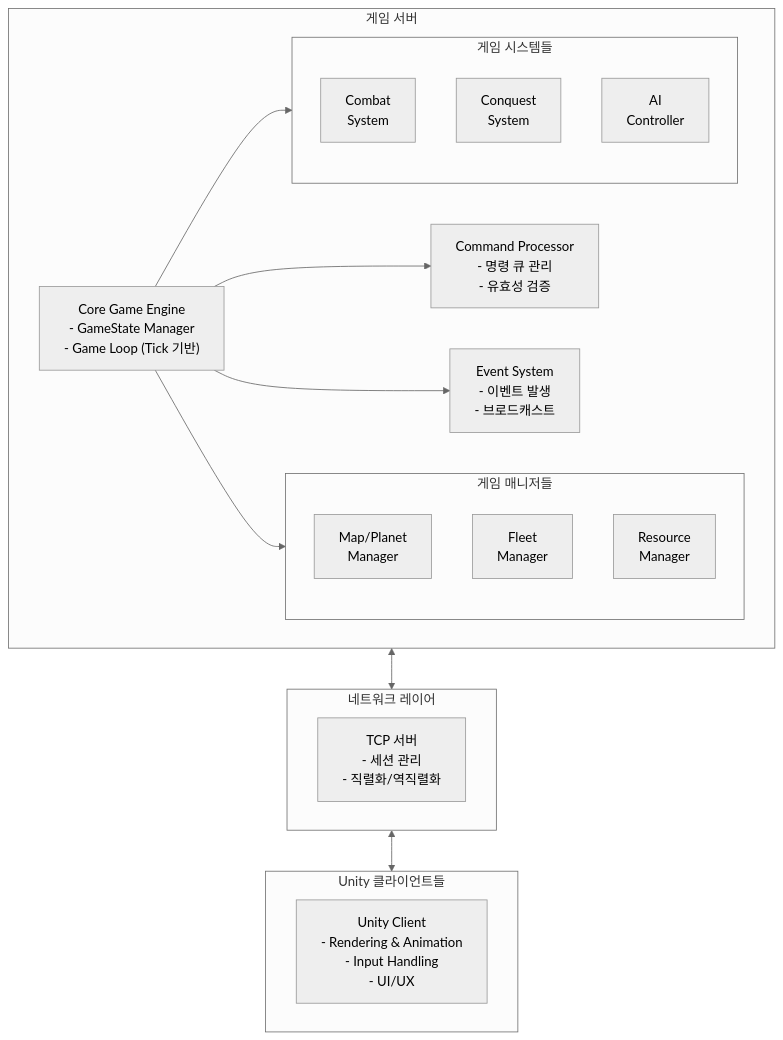
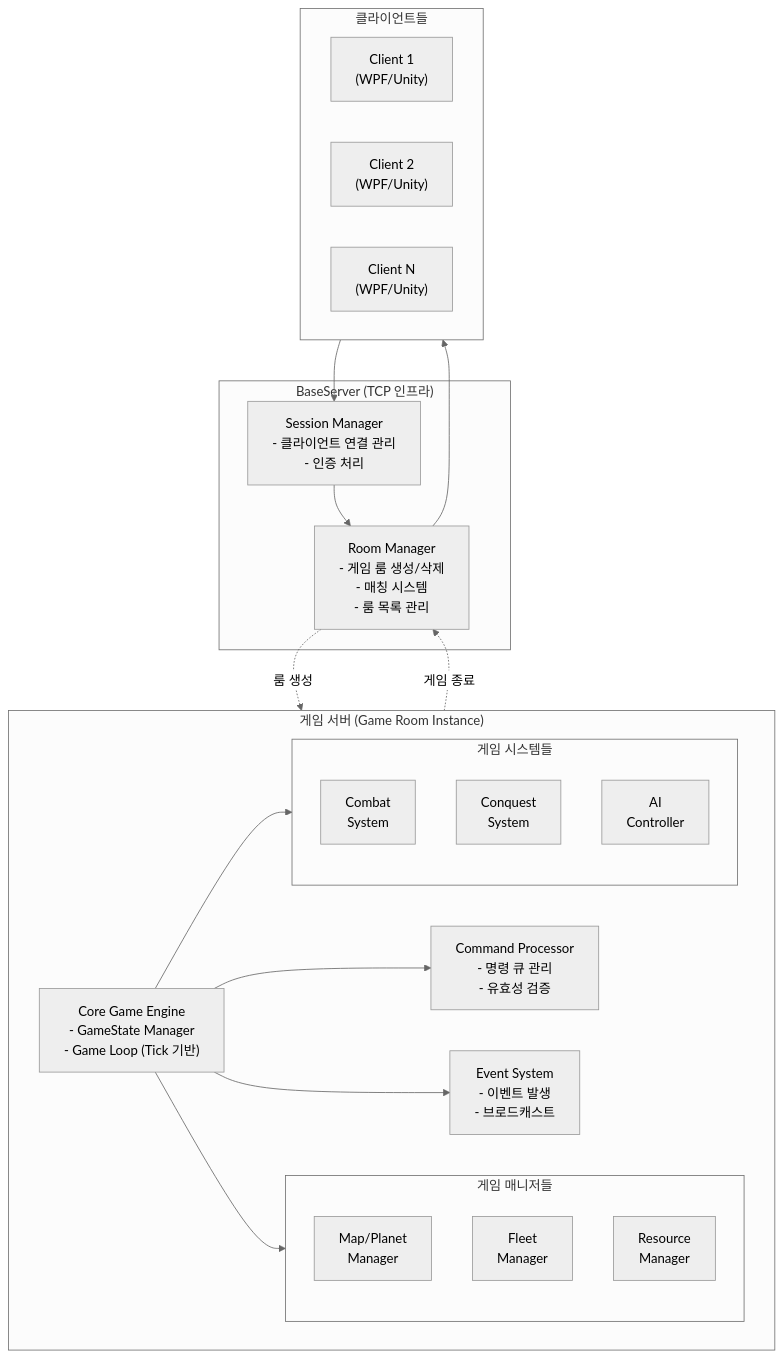
Before and after one commit to Bo-sung/InterPlanetery_Server: the first of 7 diagrams in Docs/interplanetary_system_spec.md, drawn with Mermaid (neutral theme). The commit also changed other lines of this file, not shown here.

````diff
--- a/Docs/interplanetary_system_spec.md
+++ b/Docs/interplanetary_system_spec.md
@@ -46,37 +46,43 @@
 ```mermaid
 graph TB
-    subgraph GameServer["게임 서버"]
+    subgraph BaseServer["BaseServer (TCP 인프라)"]
+        SessionMgr["Session Manager<br/>- 클라이언트 연결 관리<br/>- 인증 처리"]
+        RoomMgr["Room Manager<br/>- 게임 룸 생성/삭제<br/>- 매칭 시스템<br/>- 룸 목록 관리"]
+    end
+
+    subgraph GameServer["게임 서버 (Game Room Instance)"]
         CoreEngine["Core Game Engine<br/>- GameState Manager<br/>- Game Loop (Tick 기반)"]
 
         subgraph Managers["게임 매니저들"]
             MapMgr["Map/Planet<br/>Manager"]
             FleetMgr["Fleet<br/>Manager"]
             ResourceMgr["Resource<br/>Manager"]
         end
 
         subgraph Systems["게임 시스템들"]
             Combat["Combat<br/>System"]
             Conquest["Conquest<br/>System"]
             AI["AI<br/>Controller"]
         end
 
         CmdProc["Command Processor<br/>- 명령 큐 관리<br/>- 유효성 검증"]
         EventSys["Event System<br/>- 이벤트 발생<br/>- 브로드캐스트"]
 
         CoreEngine --> Managers
         CoreEngine --> Systems
         CoreEngine --> CmdProc
         CoreEngine --> EventSys
     end
 
-    subgraph Network["네트워크 레이어"]
-        NetLayer["TCP 서버<br/>- 세션 관리<br/>- 직렬화/역직렬화"]
+    subgraph Clients["클라이언트들"]
+        Client1["Client 1<br/>(WPF/Unity)"]
+        Client2["Client 2<br/>(WPF/Unity)"]
+        ClientN["Client N<br/>(WPF/Unity)"]
     end
 
-    subgraph Clients["Unity 클라이언트들"]
-        Client["Unity Client<br/>- Rendering & Animation<br/>- Input Handling<br/>- UI/UX"]
-    end
-
-    GameServer <--> Network
-    Network <--> Clients
+    Clients --> SessionMgr
+    SessionMgr --> RoomMgr
+    RoomMgr -.-> |"룸 생성"| GameServer
+    GameServer -.-> |"게임 종료"| RoomMgr
+    RoomMgr --> Clients
 ```
````
